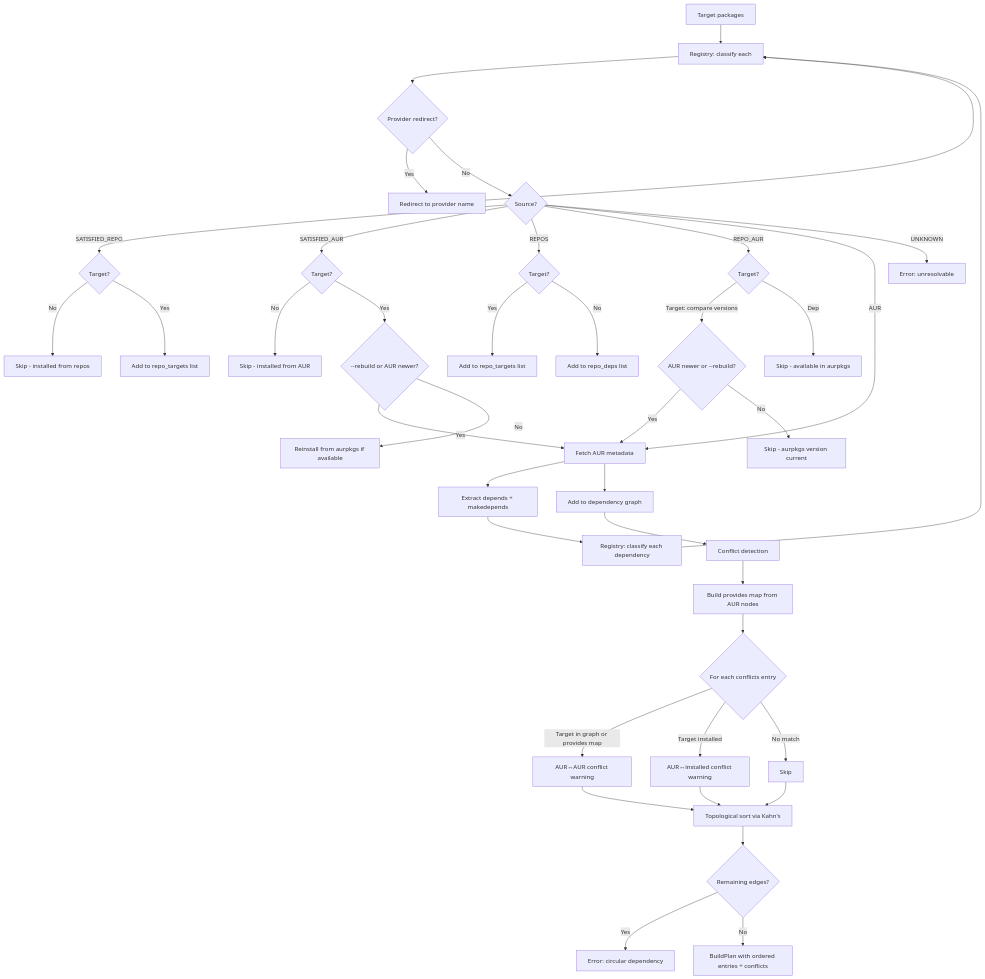
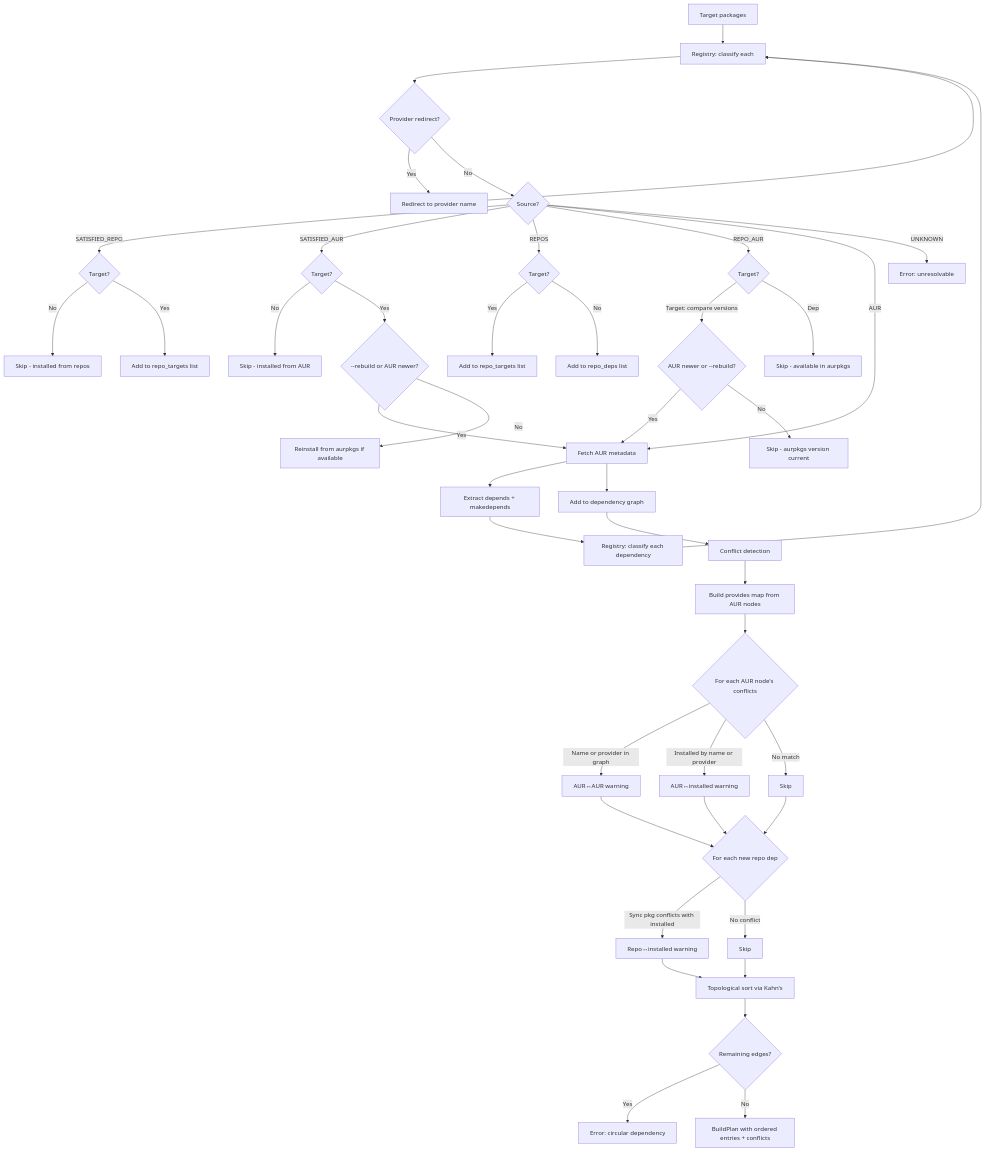
The third of 3 diagrams in docs/architecture/aurodle-aur-helper.md (rmarquis/aurodle), drawn with Mermaid before and after one commit.

Commit message:
:memo: add repo↔installed conflict check to dependency flow diagram

````diff
--- a/docs/architecture/aurodle-aur-helper.md
+++ b/docs/architecture/aurodle-aur-helper.md
@@ -586,43 +586,48 @@
 ```mermaid
 flowchart TD
     A[Target packages] --> B[Registry: classify each]
     B --> P{Provider redirect?}
     P -->|Yes| PR[Redirect to provider name]
     PR --> B
     P -->|No| C{Source?}
     C -->|SATISFIED_REPO| SR{Target?}
     SR -->|No| D1[Skip - installed from repos]
     SR -->|Yes| SRT[Add to repo_targets list]
     C -->|SATISFIED_AUR| SA{Target?}
     SA -->|No| D2[Skip - installed from AUR]
     SA -->|Yes| SAT{--rebuild or AUR newer?}
     SAT -->|Yes| F
     SAT -->|No| SAR[Reinstall from aurpkgs if available]
     C -->|REPOS| RE2{Target?}
     RE2 -->|Yes| RT[Add to repo_targets list]
     RE2 -->|No| E[Add to repo_deps list]
     C -->|REPO_AUR| R{Target?}
     R -->|Target: compare versions| V{AUR newer or --rebuild?}
     R -->|Dep| D2b2[Skip - available in aurpkgs]
     V -->|Yes| F[Fetch AUR metadata]
     V -->|No| D2b[Skip - aurpkgs version current]
     C -->|AUR| F
     C -->|UNKNOWN| G[Error: unresolvable]
     F --> H[Extract depends + makedepends]
     H --> I[Registry: classify each dependency]
     I --> B
     F --> J[Add to dependency graph]
     J --> CD[Conflict detection]
     CD --> CD1[Build provides map from AUR nodes]
-    CD1 --> CD2{For each conflicts entry}
-    CD2 -->|Target in graph or provides map| CD3[AUR↔AUR conflict warning]
-    CD2 -->|Target installed| CD4[AUR↔installed conflict warning]
+    CD1 --> CD2{For each AUR node's conflicts}
+    CD2 -->|Name or provider in graph| CD3[AUR↔AUR warning]
+    CD2 -->|Installed by name or provider| CD4[AUR↔installed warning]
     CD2 -->|No match| CD5[Skip]
-    CD3 --> K
-    CD4 --> K
-    CD5 --> K
+    CD3 --> CD6
+    CD4 --> CD6
+    CD5 --> CD6
+    CD6{For each new repo dep}
+    CD6 -->|Sync pkg conflicts with installed| CD7[Repo↔installed warning]
+    CD6 -->|No conflict| CD8[Skip]
+    CD7 --> K
+    CD8 --> K
     K[Topological sort via Kahn's]
     K --> L{Remaining edges?}
     L -->|Yes| M[Error: circular dependency]
     L -->|No| N[BuildPlan with ordered entries + conflicts]
 ```
````
